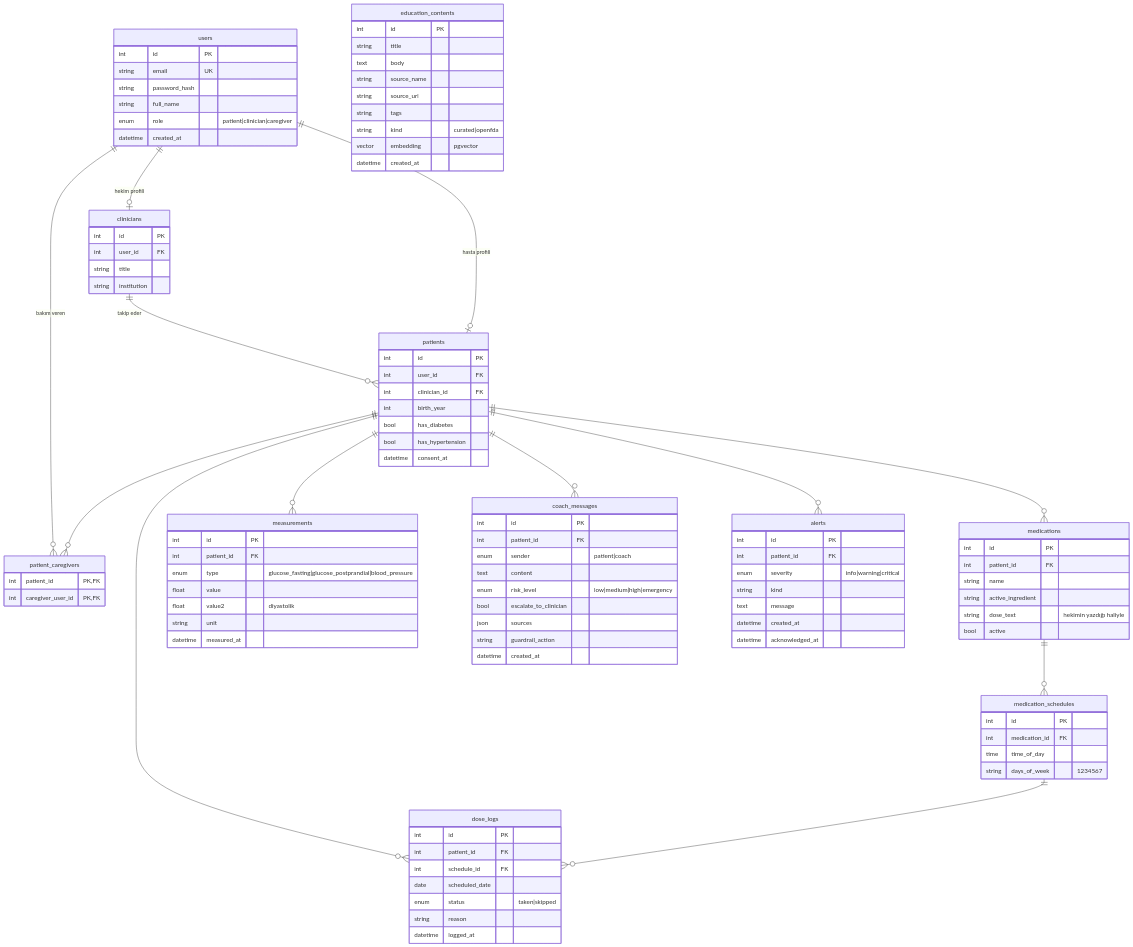
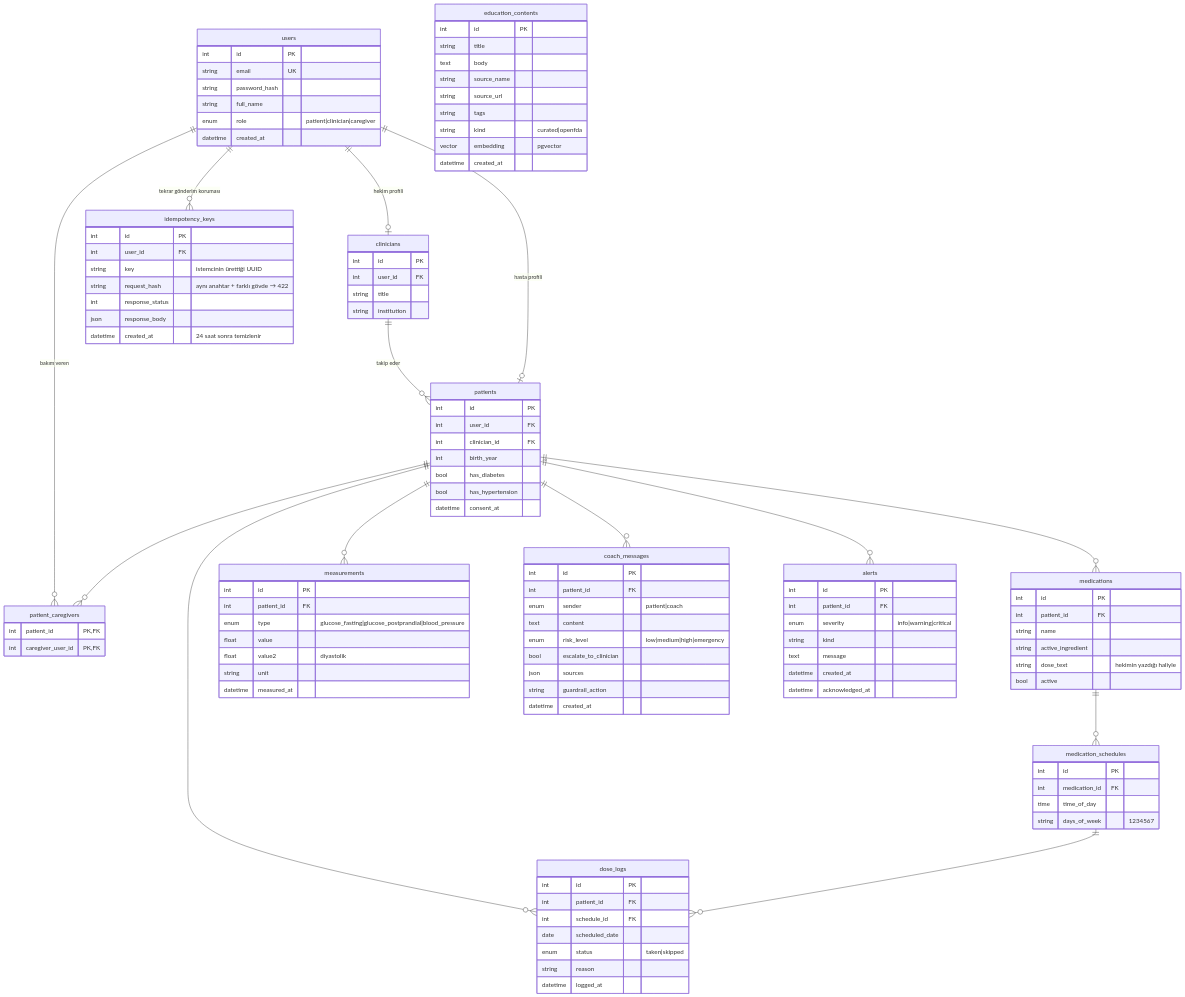
Before and after one commit to Nisagwn/ilac-uyum-kocu: the diagram in docs/M1/06-er-diyagrami.md, drawn with Mermaid. The commit also changed other lines of this file and 1 other file, not shown here.

Commit message:
M1: ER diyagramına idempotency_keys tablosu eklendi

```diff
--- a/docs/M1/06-er-diyagrami.md
+++ b/docs/M1/06-er-diyagrami.md
@@ -20,6 +20,7 @@
     patients ||--o{ measurements : ""
     patients ||--o{ coach_messages : ""
     patients ||--o{ alerts : ""
+    users ||--o{ idempotency_keys : "tekrar gönderim koruması"
 
     users {
         int id PK
@@ -100,6 +101,15 @@
         datetime created_at
         datetime acknowledged_at
     }
+    idempotency_keys {
+        int id PK
+        int user_id FK
+        string key "istemcinin ürettiği UUID"
+        string request_hash "aynı anahtar + farklı gövde → 422"
+        int response_status
+        json response_body
+        datetime created_at "24 saat sonra temizlenir"
+    }
     education_contents {
         int id PK
         string title
```
